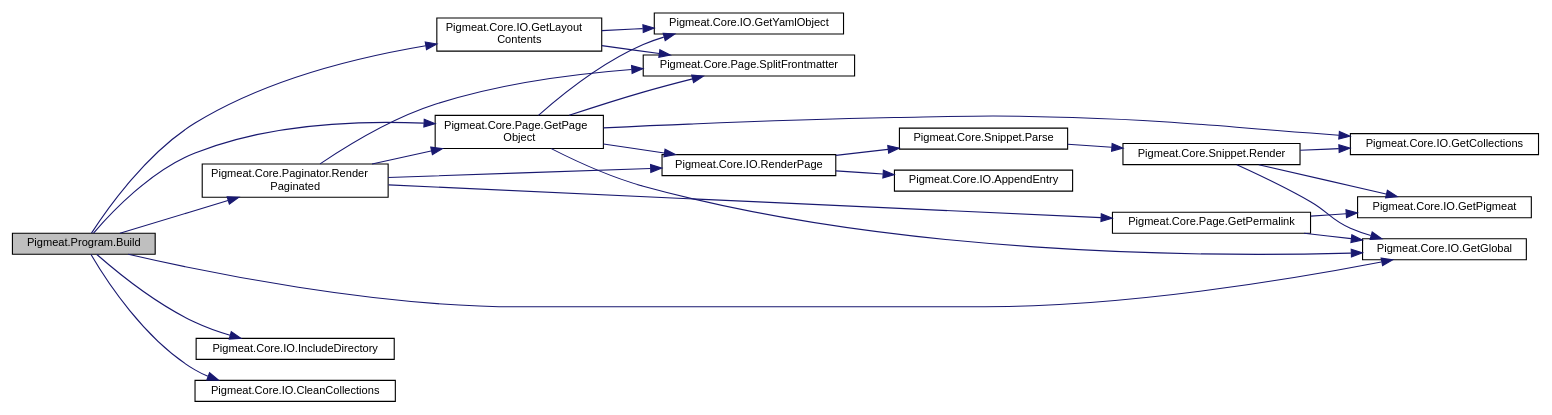
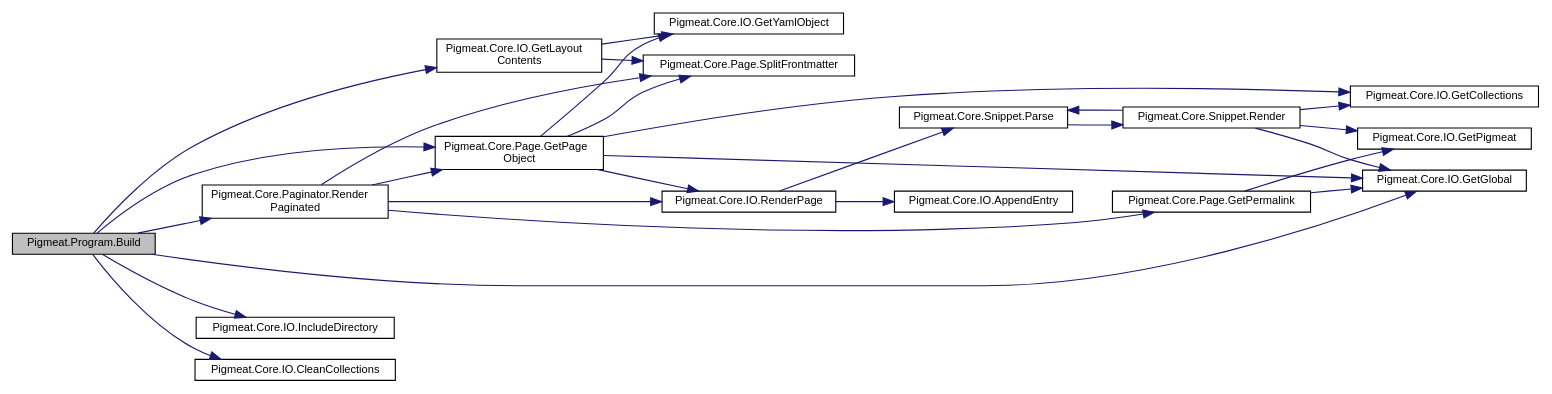
One commit to milovidov983/Pigmeat changed the diagram in class_pigmeat_1_1_program_a878beaee804aea5645618e59b1a6d250_cgraph.dot. Above: the diagram before and after it, drawn with Graphviz. The commit also changed 35 other files, not shown here.

```diff
--- a/class_pigmeat_1_1_program_a878beaee804aea5645618e59b1a6d250_cgraph.dot
+++ b/class_pigmeat_1_1_program_a878beaee804aea5645618e59b1a6d250_cgraph.dot
@@ -1,47 +1,48 @@
 digraph "Pigmeat.Program.Build"
 {
   edge [fontname="Helvetica",fontsize="10",labelfontname="Helvetica",labelfontsize="10"];
   node [fontname="Helvetica",fontsize="10",shape=record];
   rankdir="LR";
   Node5 [label="Pigmeat.Program.Build",height=0.2,width=0.4,color="black", fillcolor="grey75", style="filled", fontcolor="black"];
   Node5 -> Node6 [color="midnightblue",fontsize="10",style="solid",fontname="Helvetica"];
   Node6 [label="Pigmeat.Core.IO.GetGlobal",height=0.2,width=0.4,color="black", fillcolor="white", style="filled",URL="$class_pigmeat_1_1_core_1_1_i_o.html#a8f84ec34a489ed4c83089b16308ddc7f",tooltip="Get file representing project&#39;s Global context "];
   Node5 -> Node7 [color="midnightblue",fontsize="10",style="solid",fontname="Helvetica"];
   Node7 [label="Pigmeat.Core.IO.GetLayout\lContents",height=0.2,width=0.4,color="black", fillcolor="white", style="filled",URL="$class_pigmeat_1_1_core_1_1_i_o.html#ae9cd73892daa23bdf19c9a229fe62b7b",tooltip="Get the contents of Layouts recursively "];
   Node7 -> Node8 [color="midnightblue",fontsize="10",style="solid",fontname="Helvetica"];
   Node8 [label="Pigmeat.Core.Page.SplitFrontmatter",height=0.2,width=0.4,color="black", fillcolor="white", style="filled",URL="$class_pigmeat_1_1_core_1_1_page.html#adeeba3432008a2b7718ad52c2e0ae058",tooltip="Gets the YAML of the frontmatter for a given page "];
   Node7 -> Node9 [color="midnightblue",fontsize="10",style="solid",fontname="Helvetica"];
   Node9 [label="Pigmeat.Core.IO.GetYamlObject",height=0.2,width=0.4,color="black", fillcolor="white", style="filled",URL="$class_pigmeat_1_1_core_1_1_i_o.html#a65785eb7263115da1c592b06597727f5",tooltip="Convert YAML data into JObject "];
   Node5 -> Node10 [color="midnightblue",fontsize="10",style="solid",fontname="Helvetica"];
   Node10 [label="Pigmeat.Core.Page.GetPage\lObject",height=0.2,width=0.4,color="black", fillcolor="white", style="filled",URL="$class_pigmeat_1_1_core_1_1_page.html#a3a2dee942bb7b2f763ce5d1caba4163d",tooltip="Parses a given page into a JObject "];
   Node10 -> Node8 [color="midnightblue",fontsize="10",style="solid",fontname="Helvetica"];
   Node10 -> Node9 [color="midnightblue",fontsize="10",style="solid",fontname="Helvetica"];
   Node10 -> Node6 [color="midnightblue",fontsize="10",style="solid",fontname="Helvetica"];
   Node10 -> Node11 [color="midnightblue",fontsize="10",style="solid",fontname="Helvetica"];
   Node11 [label="Pigmeat.Core.IO.GetCollections",height=0.2,width=0.4,color="black", fillcolor="white", style="filled",URL="$class_pigmeat_1_1_core_1_1_i_o.html#a95f27be3fb9f5fd7e668f903c4e1cfb4",tooltip="Create a JObject to merge with the Global context containing each collection&#39;s collection.json data "];
   Node10 -> Node12 [color="midnightblue",fontsize="10",style="solid",fontname="Helvetica"];
   Node12 [label="Pigmeat.Core.IO.RenderPage",height=0.2,width=0.4,color="black", fillcolor="white", style="filled",URL="$class_pigmeat_1_1_core_1_1_i_o.html#a60f49d31957620c308423cad19dbf5f6",tooltip="Take layout, place Markdig-parsed content in layout, evaluate includes, render with Scriban ..."];
   Node12 -> Node13 [color="midnightblue",fontsize="10",style="solid",fontname="Helvetica"];
   Node13 [label="Pigmeat.Core.Snippet.Parse",height=0.2,width=0.4,color="black", fillcolor="white", style="filled",URL="$class_pigmeat_1_1_core_1_1_snippet.html#a54ea5e1d3a8cd6308a1b1c9f01457146",tooltip="Parses through each {! snippet !} call in a page and evaluates them "];
   Node13 -> Node14 [color="midnightblue",fontsize="10",style="solid",fontname="Helvetica"];
   Node14 [label="Pigmeat.Core.Snippet.Render",height=0.2,width=0.4,color="black", fillcolor="white", style="filled",URL="$class_pigmeat_1_1_core_1_1_snippet.html#ac3dd182d3699b9997372e1baa768de2b",tooltip="Renders Snippets "];
   Node14 -> Node6 [color="midnightblue",fontsize="10",style="solid",fontname="Helvetica"];
   Node14 -> Node11 [color="midnightblue",fontsize="10",style="solid",fontname="Helvetica"];
   Node14 -> Node15 [color="midnightblue",fontsize="10",style="solid",fontname="Helvetica"];
   Node15 [label="Pigmeat.Core.IO.GetPigmeat",height=0.2,width=0.4,color="black", fillcolor="white", style="filled",URL="$class_pigmeat_1_1_core_1_1_i_o.html#ab52a010415630b7063180fd58759eab3",tooltip="Get JObject representing project&#39;s Pigmeat context "];
+  Node14 -> Node13 [color="midnightblue",fontsize="10",style="solid",fontname="Helvetica"];
   Node12 -> Node16 [color="midnightblue",fontsize="10",style="solid",fontname="Helvetica"];
   Node16 [label="Pigmeat.Core.IO.AppendEntry",height=0.2,width=0.4,color="black", fillcolor="white", style="filled",URL="$class_pigmeat_1_1_core_1_1_i_o.html#a513be40f796bdadd8f6eb31f2446716a",tooltip="Adds JObject representations of pages in a collection to the collection&#39;s entries field in its collec..."];
   Node5 -> Node17 [color="midnightblue",fontsize="10",style="solid",fontname="Helvetica"];
   Node17 [label="Pigmeat.Core.Paginator.Render\lPaginated",height=0.2,width=0.4,color="black", fillcolor="white", style="filled",URL="$class_pigmeat_1_1_core_1_1_paginator.html#a38c0bfdf8bfe439eb2a3e58a638c823a",tooltip="Outputs a paginated version of a page (requires {{ page.paginate }} and {{ page.collection }}) ..."];
   Node17 -> Node10 [color="midnightblue",fontsize="10",style="solid",fontname="Helvetica"];
   Node17 -> Node8 [color="midnightblue",fontsize="10",style="solid",fontname="Helvetica"];
   Node17 -> Node18 [color="midnightblue",fontsize="10",style="solid",fontname="Helvetica"];
   Node18 [label="Pigmeat.Core.Page.GetPermalink",height=0.2,width=0.4,color="black", fillcolor="white", style="filled",URL="$class_pigmeat_1_1_core_1_1_page.html#a22b69a07b899c8d9825fb388357ce3b7",tooltip="Parses the permalink using given metadata to generate an output path "];
   Node18 -> Node6 [color="midnightblue",fontsize="10",style="solid",fontname="Helvetica"];
   Node18 -> Node15 [color="midnightblue",fontsize="10",style="solid",fontname="Helvetica"];
   Node17 -> Node12 [color="midnightblue",fontsize="10",style="solid",fontname="Helvetica"];
   Node5 -> Node19 [color="midnightblue",fontsize="10",style="solid",fontname="Helvetica"];
   Node19 [label="Pigmeat.Core.IO.IncludeDirectory",height=0.2,width=0.4,color="black", fillcolor="white", style="filled",URL="$class_pigmeat_1_1_core_1_1_i_o.html#ab8a3a50a1c1ae3b1183e298846b77abd",tooltip="Copy a directory recursively, for if in {{{ global.include }}} "];
   Node5 -> Node20 [color="midnightblue",fontsize="10",style="solid",fontname="Helvetica"];
   Node20 [label="Pigmeat.Core.IO.CleanCollections",height=0.2,width=0.4,color="black", fillcolor="white", style="filled",URL="$class_pigmeat_1_1_core_1_1_i_o.html#a0c35ca471821347e16cd0d36a4af6c2f",tooltip="Clean out the entries field in every collection.json file "];
 }
```
